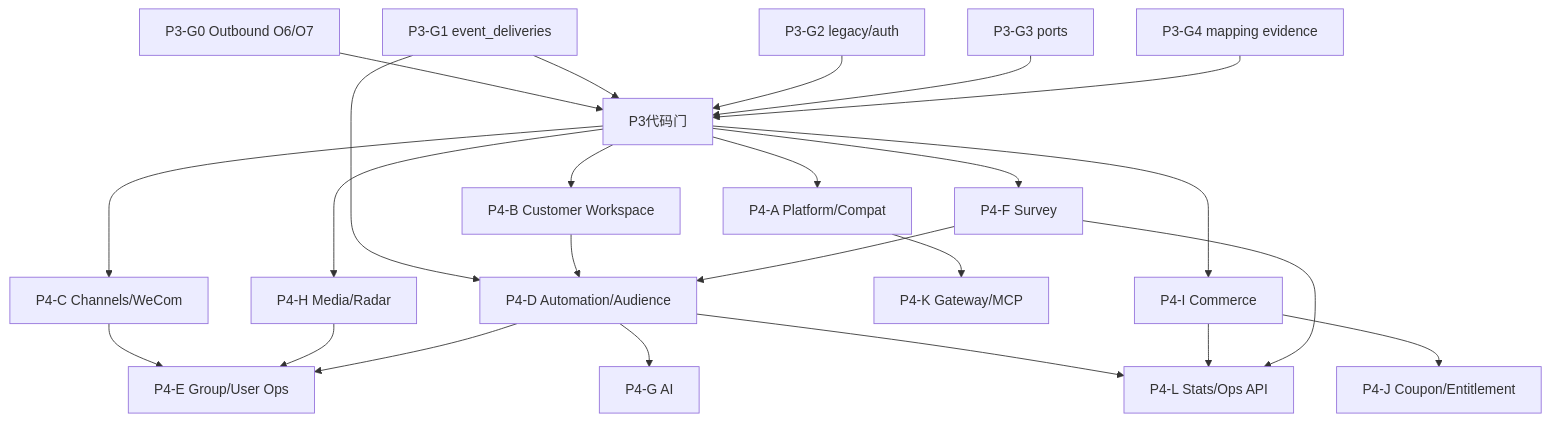
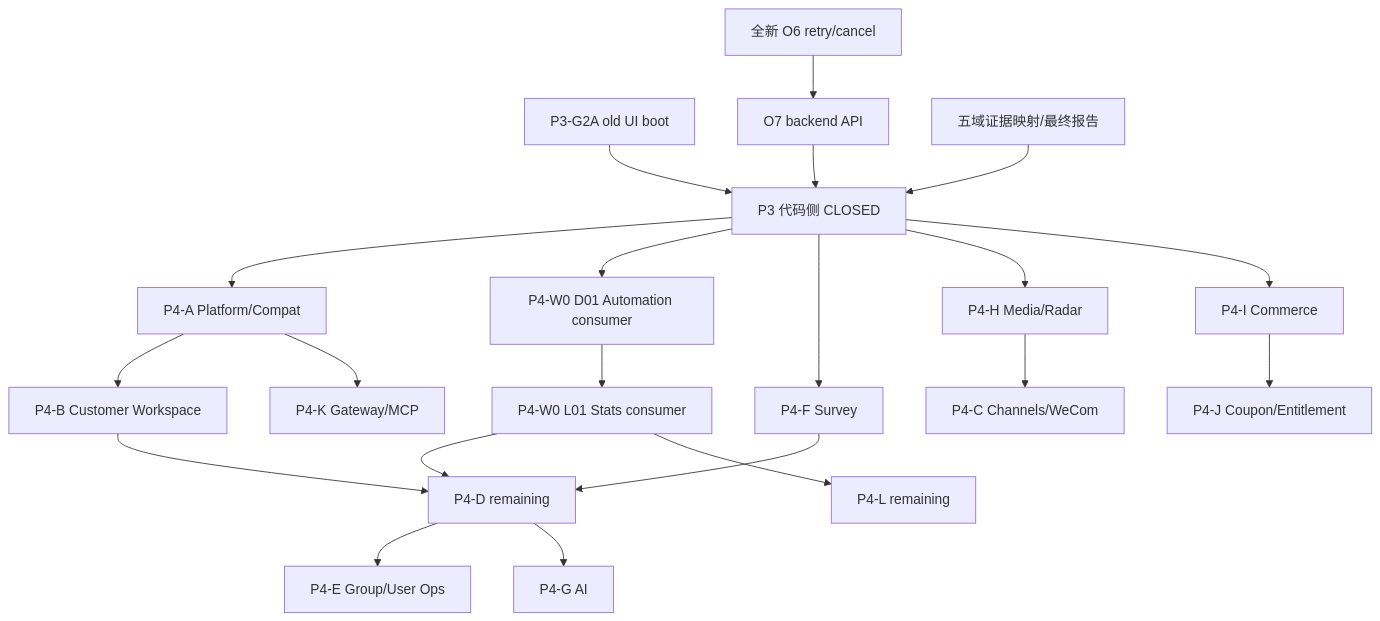
One commit to qianlan33333-png/AI-CRM-v2 changed the second of 2 diagrams in docs/plans/2026-08-13-p4-legacy-backend-parity.md. Above: the diagram before and after it, drawn with Mermaid. The commit also changed other lines of this file, not shown here.

````diff
--- a/docs/plans/2026-08-13-p4-legacy-backend-parity.md
+++ b/docs/plans/2026-08-13-p4-legacy-backend-parity.md
@@ -466,28 +469,25 @@
 ```mermaid
 flowchart TD
-    G0["P3-G0 Outbound O6/O7"] --> P3DONE["P3代码门"]
-    G1["P3-G1 event_deliveries"] --> P3DONE
-    G2["P3-G2 legacy/auth"] --> P3DONE
-    G3["P3-G3 ports"] --> P3DONE
-    G4["P3-G4 mapping evidence"] --> P3DONE
+    G2A["P3-G2A old UI boot"] --> P3DONE["P3 代码侧 CLOSED"]
+    O6["全新 O6 retry/cancel"] --> O7["O7 backend API"]
+    O7 --> P3DONE
+    REPORT["五域证据映射/最终报告"] --> P3DONE
 
     P3DONE --> A["P4-A Platform/Compat"]
-    P3DONE --> B["P4-B Customer Workspace"]
-    P3DONE --> C["P4-C Channels/WeCom"]
+    P3DONE --> D01["P4-W0 D01 Automation consumer"]
+    D01 --> L01["P4-W0 L01 Stats consumer"]
+    P3DONE --> F["P4-F Survey"]
     P3DONE --> H["P4-H Media/Radar"]
     P3DONE --> I["P4-I Commerce"]
-    P3DONE --> F["P4-F Survey"]
 
+    A --> B["P4-B Customer Workspace"]
+    H --> C["P4-C Channels/WeCom"]
+    I --> J["P4-J Coupon/Entitlement"]
+    L01 --> DREST["P4-D remaining"]
+    B --> DREST
+    F --> DREST
+    DREST --> E["P4-E Group/User Ops"]
+    DREST --> G["P4-G AI"]
     A --> K["P4-K Gateway/MCP"]
-    G1 --> D["P4-D Automation/Audience"]
-    B --> D
-    C --> E["P4-E Group/User Ops"]
-    H --> E
-    I --> J["P4-J Coupon/Entitlement"]
-    F --> D
-    D --> E
-    D --> G["P4-G AI"]
-    D --> L["P4-L Stats/Ops API"]
-    I --> L
-    F --> L
+    L01 --> LREST["P4-L remaining"]
 ```
````
